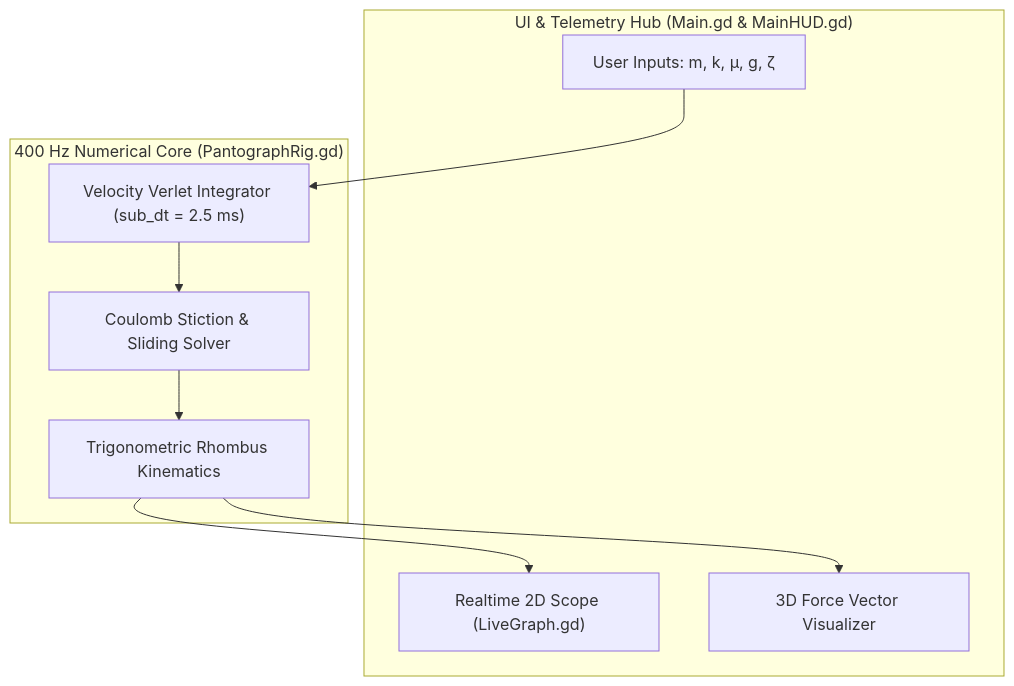
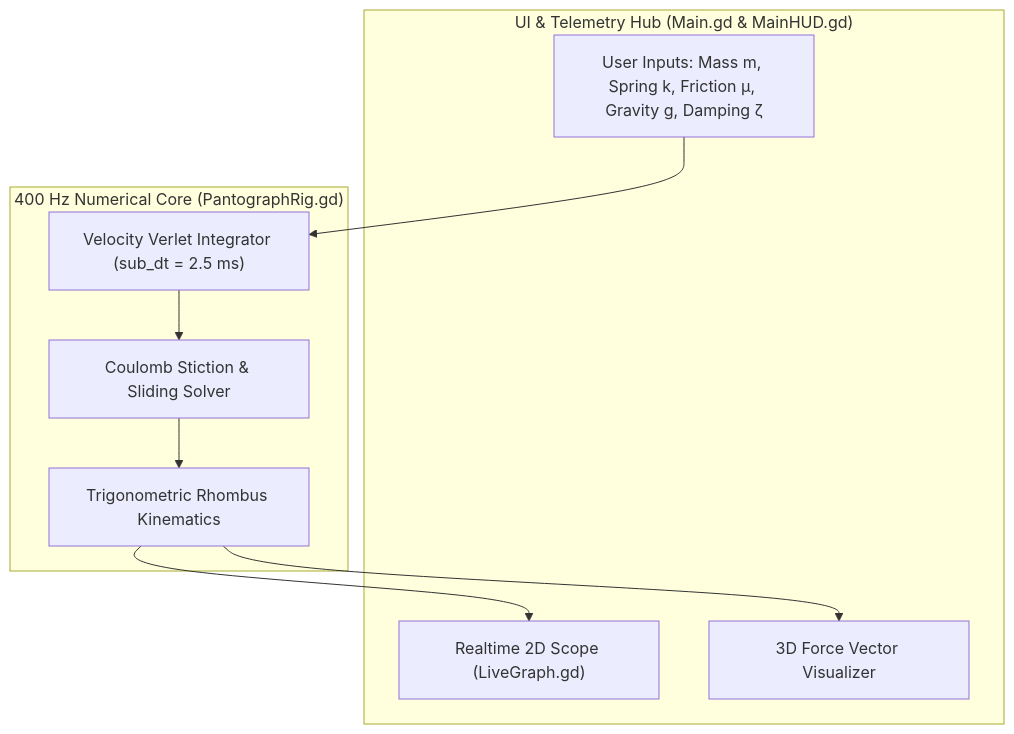
One commit to KarenGhardashyan/scissor-mechanism-golden-rule changed the second of 2 diagrams in README.md. Above: the diagram before and after it, drawn with Mermaid. The commit also changed other lines of this file and 8 other files, not shown here.

````diff
--- a/README.md
+++ b/README.md
@@ -285,20 +307,20 @@
 ```mermaid
 flowchart TD
     subgraph UI["UI & Telemetry Hub (Main.gd & MainHUD.gd)"]
-        In["User Inputs: m, k, μ, g, ζ"]
+        In["User Inputs: Mass m, Spring k, Friction &mu;, Gravity g, Damping &zeta;"]
         Scope["Realtime 2D Scope (LiveGraph.gd)"]
         Vectors["3D Force Vector Visualizer"]
     end
 
     subgraph Solver["400 Hz Numerical Core (PantographRig.gd)"]
         VV["Velocity Verlet Integrator (sub_dt = 2.5 ms)"]
         Fric["Coulomb Stiction & Sliding Solver"]
         Geom["Trigonometric Rhombus Kinematics"]
     end
 
     In --> VV
     VV --> Fric
     Fric --> Geom
     Geom --> Scope
     Geom --> Vectors
 ```
````
